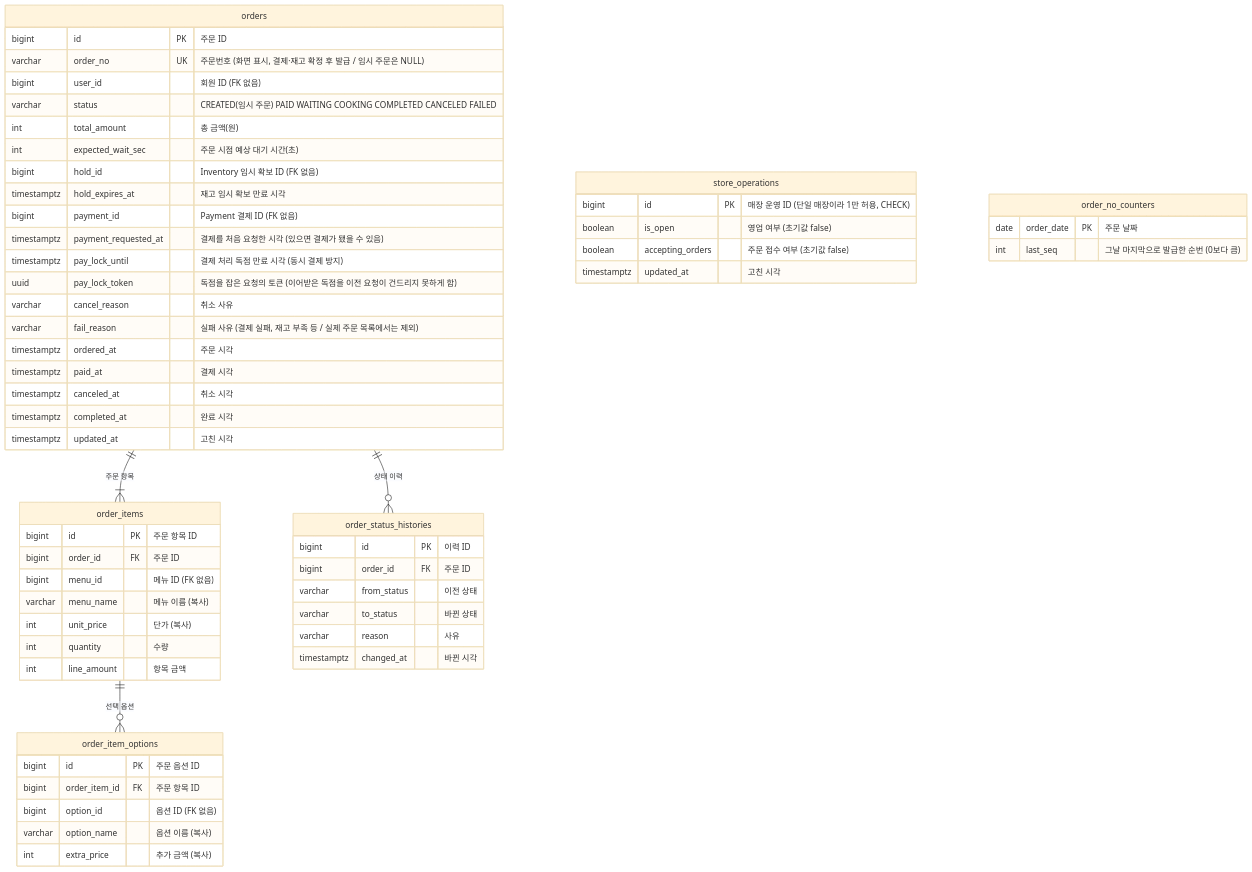
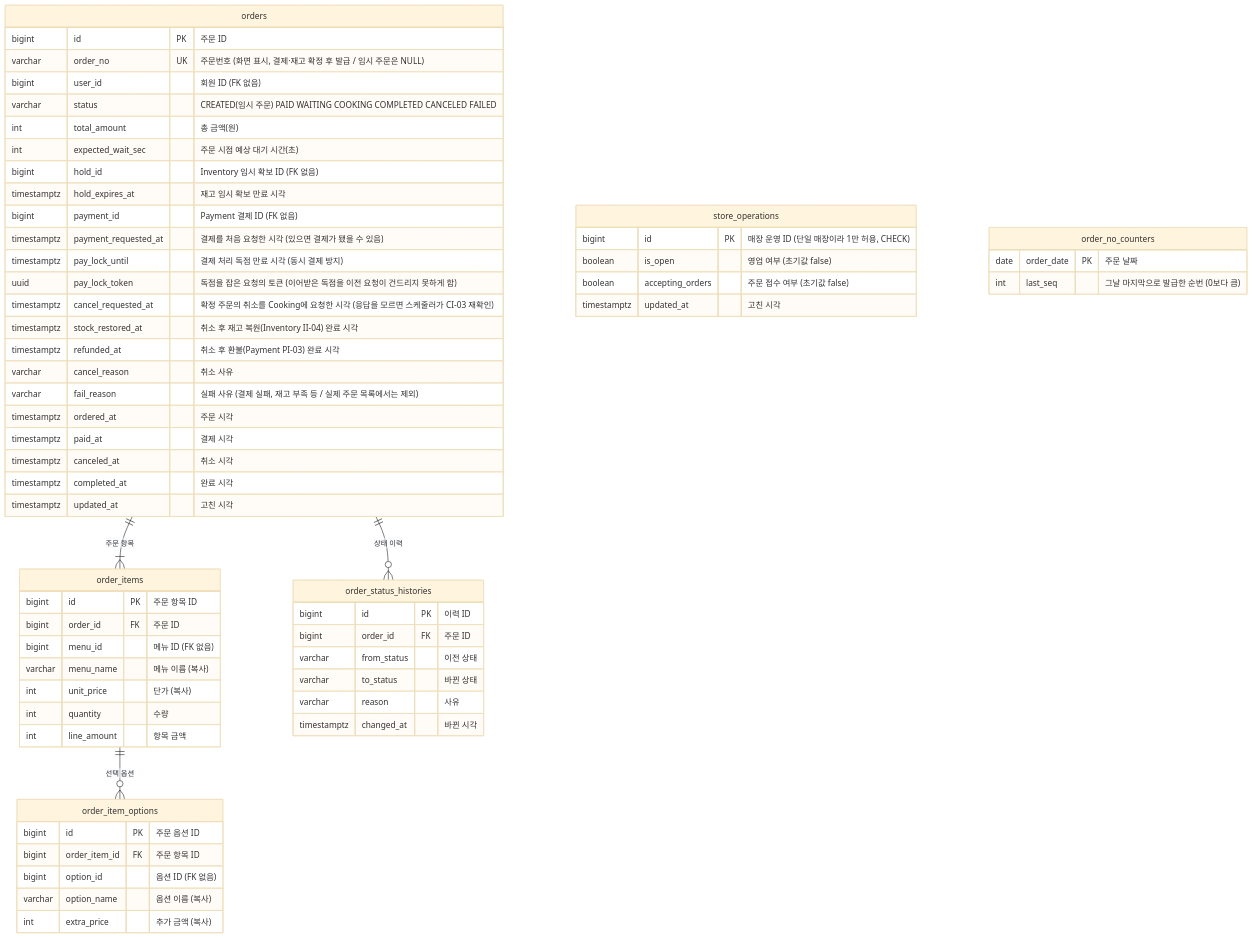
Before and after one commit to ktcloud-cloudnative-2026/team02-5xx: the fourth of 9 diagrams in docs/erd/notion-draft.md, drawn with Mermaid (base theme). The commit also changed other lines of this file and 2 other files, not shown here.

Commit message:
docs: 리뷰 반영 — #61·#78 병합 상태와 V4 도식, Payment 확인 현황 갱신 (#97)

````diff
--- a/docs/erd/notion-draft.md
+++ b/docs/erd/notion-draft.md
@@ -193,67 +193,70 @@
 ```mermaid
 erDiagram
     orders ||--|{ order_items : "주문 항목"
     order_items ||--o{ order_item_options : "선택 옵션"
     orders ||--o{ order_status_histories : "상태 이력"
 
     orders {
         bigint id PK "주문 ID"
         varchar order_no UK "주문번호 (화면 표시, 결제·재고 확정 후 발급 / 임시 주문은 NULL)"
         bigint user_id "회원 ID (FK 없음)"
         varchar status "CREATED(임시 주문) PAID WAITING COOKING COMPLETED CANCELED FAILED"
         int total_amount "총 금액(원)"
         int expected_wait_sec "주문 시점 예상 대기 시간(초)"
         bigint hold_id "Inventory 임시 확보 ID (FK 없음)"
         timestamptz hold_expires_at "재고 임시 확보 만료 시각"
         bigint payment_id "Payment 결제 ID (FK 없음)"
         timestamptz payment_requested_at "결제를 처음 요청한 시각 (있으면 결제가 됐을 수 있음)"
         timestamptz pay_lock_until "결제 처리 독점 만료 시각 (동시 결제 방지)"
         uuid pay_lock_token "독점을 잡은 요청의 토큰 (이어받은 독점을 이전 요청이 건드리지 못하게 함)"
+        timestamptz cancel_requested_at "확정 주문의 취소를 Cooking에 요청한 시각 (응답을 모르면 스케줄러가 CI-03 재확인)"
+        timestamptz stock_restored_at "취소 후 재고 복원(Inventory II-04) 완료 시각"
+        timestamptz refunded_at "취소 후 환불(Payment PI-03) 완료 시각"
         varchar cancel_reason "취소 사유"
         varchar fail_reason "실패 사유 (결제 실패, 재고 부족 등 / 실제 주문 목록에서는 제외)"
         timestamptz ordered_at "주문 시각"
         timestamptz paid_at "결제 시각"
         timestamptz canceled_at "취소 시각"
         timestamptz completed_at "완료 시각"
         timestamptz updated_at "고친 시각"
     }
 
     order_items {
         bigint id PK "주문 항목 ID"
         bigint order_id FK "주문 ID"
         bigint menu_id "메뉴 ID (FK 없음)"
         varchar menu_name "메뉴 이름 (복사)"
         int unit_price "단가 (복사)"
         int quantity "수량"
         int line_amount "항목 금액"
     }
 
     order_item_options {
         bigint id PK "주문 옵션 ID"
         bigint order_item_id FK "주문 항목 ID"
         bigint option_id "옵션 ID (FK 없음)"
         varchar option_name "옵션 이름 (복사)"
         int extra_price "추가 금액 (복사)"
     }
 
     order_status_histories {
         bigint id PK "이력 ID"
         bigint order_id FK "주문 ID"
         varchar from_status "이전 상태"
         varchar to_status "바뀐 상태"
         varchar reason "사유"
         timestamptz changed_at "바뀐 시각"
     }
 
     store_operations {
         bigint id PK "매장 운영 ID (단일 매장이라 1만 허용, CHECK)"
         boolean is_open "영업 여부 (초기값 false)"
         boolean accepting_orders "주문 접수 여부 (초기값 false)"
         timestamptz updated_at "고친 시각"
     }
 
     order_no_counters {
         date order_date PK "주문 날짜"
         int last_seq "그날 마지막으로 발급한 순번 (0보다 큼)"
     }
 ```
````
